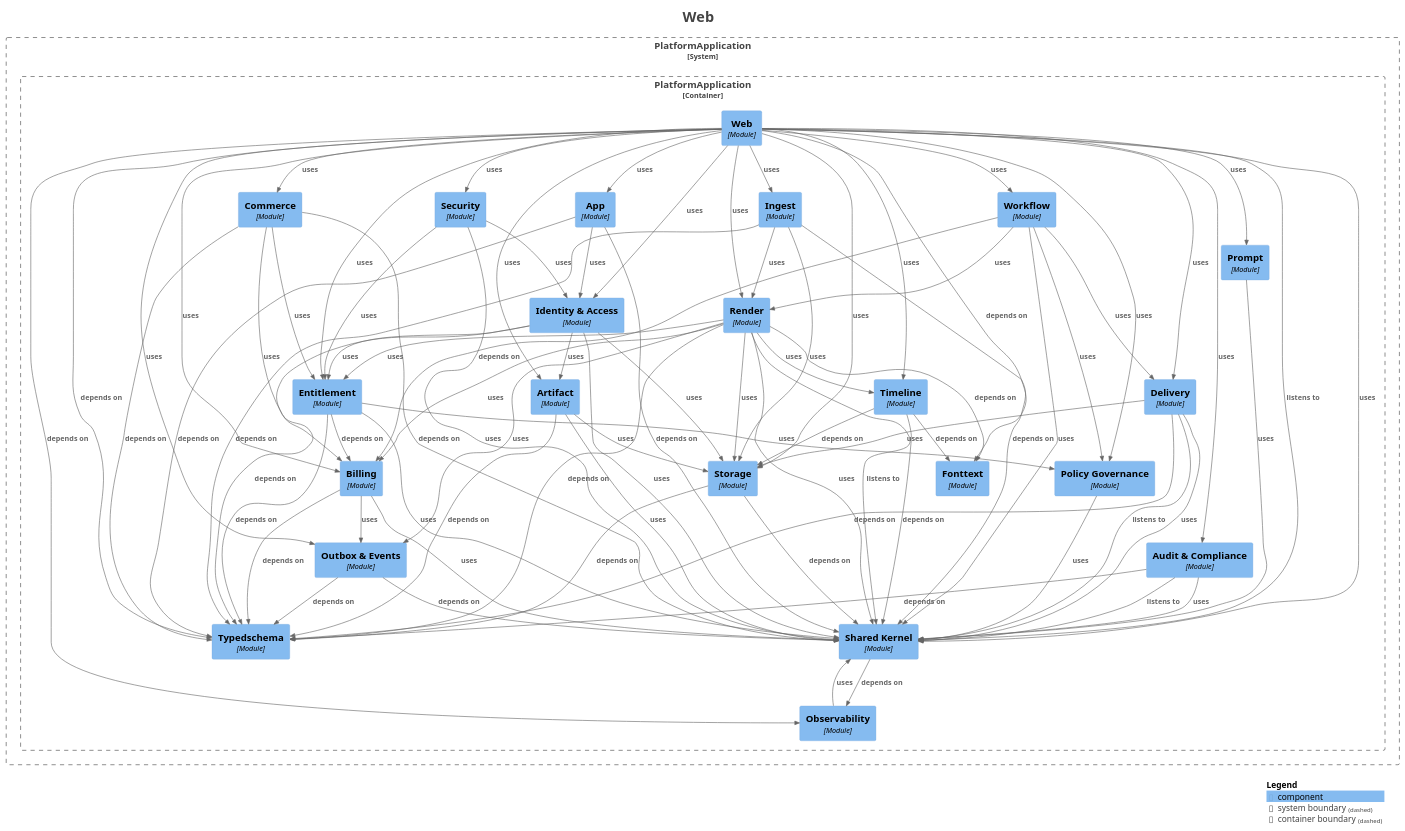
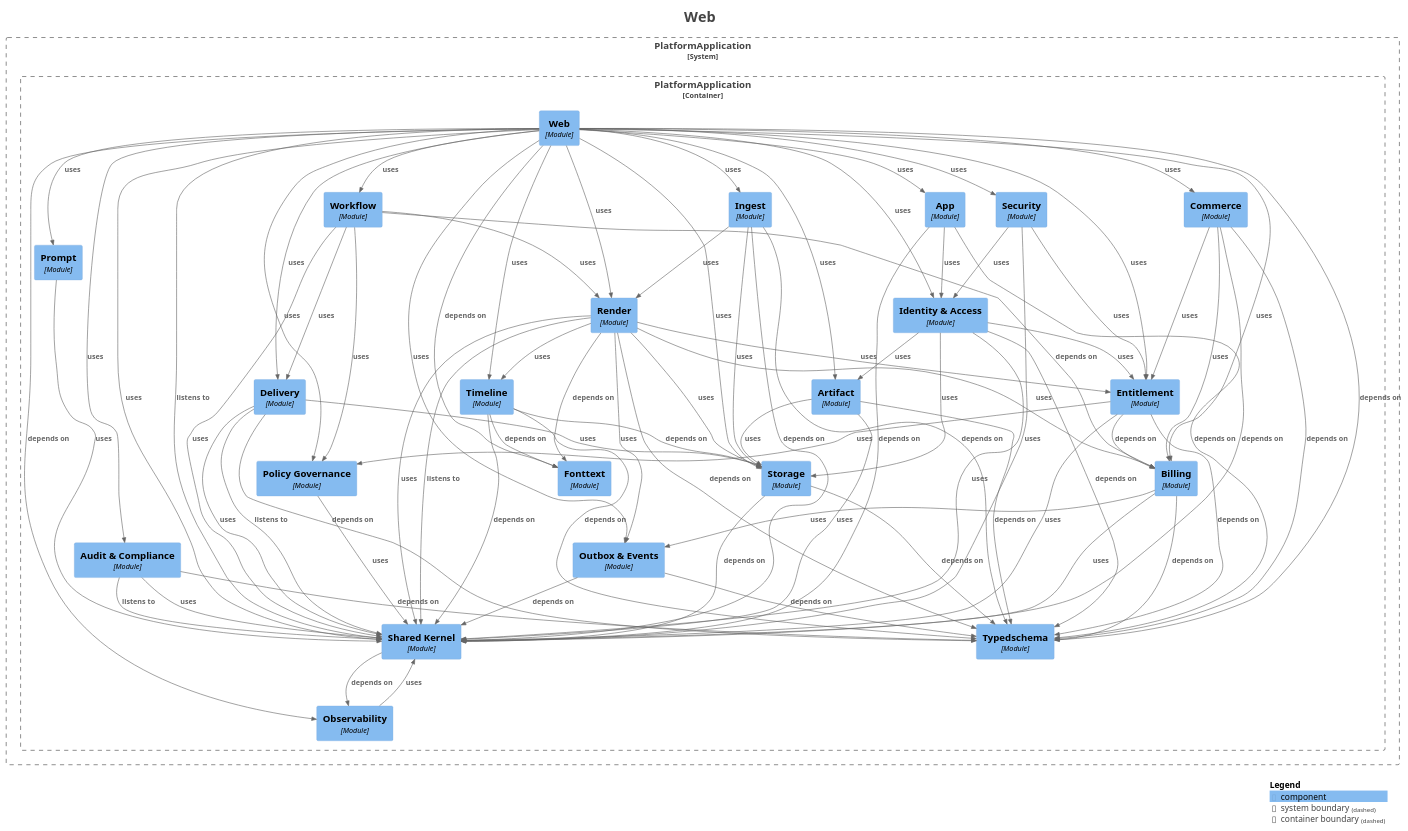
The diagram in platform-app/docs/architecture/maps/generated/modulith/module-web.puml (shangxq007/media-platform), drawn with PlantUML before and after one commit. The commit also changed 7 other files, not shown here.

First line of the commit message:
fix(gcr1-correction): composition root — scan timeline/operation packages

```diff
--- a/platform-app/docs/architecture/maps/generated/modulith/module-web.puml
+++ b/platform-app/docs/architecture/maps/generated/modulith/module-web.puml
@@ -99,6 +99,7 @@
 Rel(PlatformApplication.PlatformApplication.Timeline, PlatformApplication.PlatformApplication.Fonttext, "depends on", $techn="", $tags="", $link="")
 Rel(PlatformApplication.PlatformApplication.Timeline, PlatformApplication.PlatformApplication.SharedKernel, "depends on", $techn="", $tags="", $link="")
 Rel(PlatformApplication.PlatformApplication.Timeline, PlatformApplication.PlatformApplication.Storage, "depends on", $techn="", $tags="", $link="")
+Rel(PlatformApplication.PlatformApplication.Timeline, PlatformApplication.PlatformApplication.Typedschema, "depends on", $techn="", $tags="", $link="")
 Rel(PlatformApplication.PlatformApplication.Web, PlatformApplication.PlatformApplication.App, "uses", $techn="", $tags="", $link="")
 Rel(PlatformApplication.PlatformApplication.Web, PlatformApplication.PlatformApplication.Artifact, "uses", $techn="", $tags="", $link="")
 Rel(PlatformApplication.PlatformApplication.Web, PlatformApplication.PlatformApplication.AuditCompliance, "uses", $techn="", $tags="", $link="")
```
